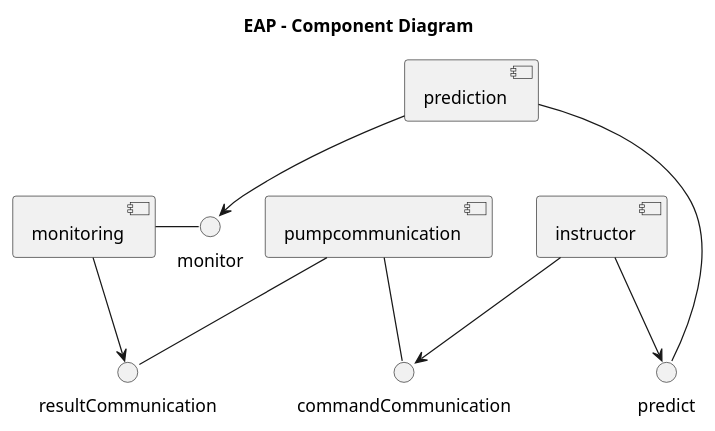
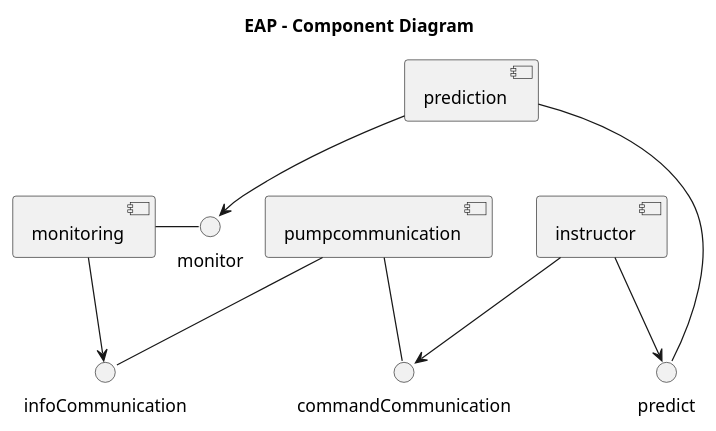
The diagram in doc/component-diagram.puml (Nightscou2018/EAP), drawn with PlantUML before and after one commit.

Commit message:
rename resultcomm to infocomm

```diff
--- a/doc/component-diagram.puml
+++ b/doc/component-diagram.puml
@@ -1,17 +1,17 @@
 @startuml
 
 title EAP - Component Diagram
 
 [instructor]
-[pumpcommunication] -- resultCommunication
+[pumpcommunication] -- infoCommunication
 [pumpcommunication] -- commandCommunication
 [monitoring] - monitor
 [prediction] - predict
 
 
-[monitoring] --> resultCommunication
+[monitoring] --> infoCommunication
 [prediction] --> monitor
 [instructor] --> predict
 [instructor] --> commandCommunication
 
 @enduml
```
